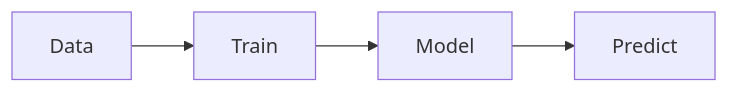
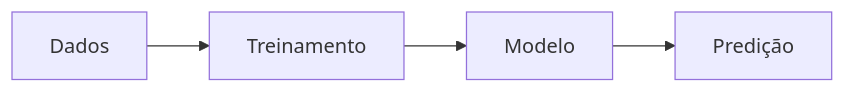
Before and after one commit to EmersonBraun/ai-summary-hub: the diagram in i18n/pt-BR/docusaurus-plugin-content-docs/current/fundamentals/machine-learning.md, drawn with Mermaid. The commit also changed other lines of this file and 384 other files, not shown here.

````diff
--- a/i18n/pt-BR/docusaurus-plugin-content-docs/current/fundamentals/machine-learning.md
+++ b/i18n/pt-BR/docusaurus-plugin-content-docs/current/fundamentals/machine-learning.md
@@ -17,6 +17,6 @@
 ```mermaid
 flowchart LR
-  Data[Data] --> Train[Train]
-  Train --> Model[Model]
-  Model --> Predict[Predict]
+  Data[Dados] --> Train[Treinamento]
+  Train --> Model[Modelo]
+  Model --> Predict[Predição]
 ```
````
